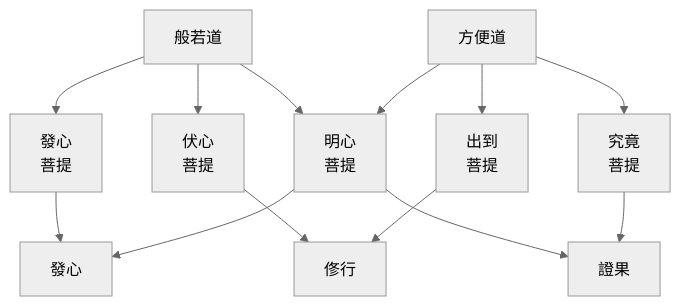
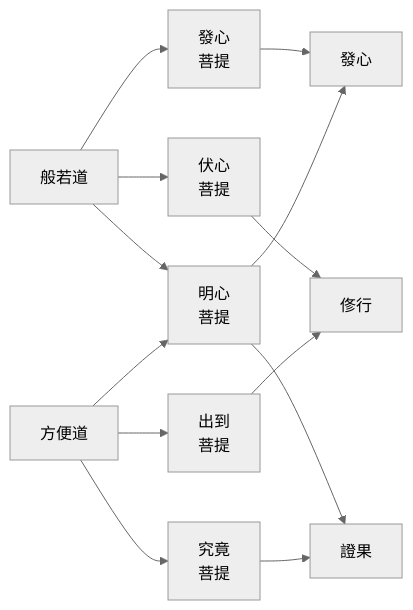
The first of 2 diagrams in jgjjj/yinshun.md (yinshun/fuyan-lecture), drawn with Mermaid (neutral theme) before and after one commit. The commit also changed other lines of this file and 1 other file, not shown here.

Commit message:
update sanskrit and yinshun

````diff
--- a/jgjjj/yinshun.md
+++ b/jgjjj/yinshun.md
@@ -70,27 +70,27 @@
 ```mermaid
-graph TD
+graph LR
 	A[般若道]
 	B[方便道]
 	C[發心<br/>菩提]
 	D[伏心<br/>菩提]
 	E[明心<br/>菩提]
 	F[出到<br/>菩提]
 	G[究竟<br/>菩提]
 	H[發心]
 	I[俢行]
 	J[證果]
 	A --> C;
 	A --> D;
 	A --> E;
 	B --> E;
 	B --> F;
 	B --> G;
 	C --> H;
 	D --> I;
 	E --> H;
 	E --> J;
 	F --> I;
 	G --> J;
 
 
 ```
````
